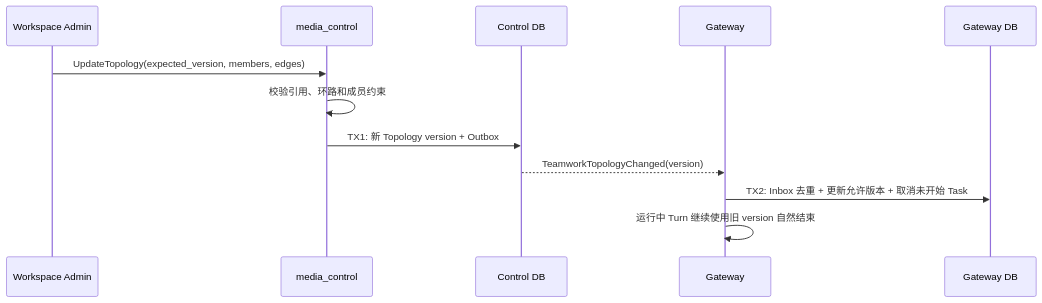
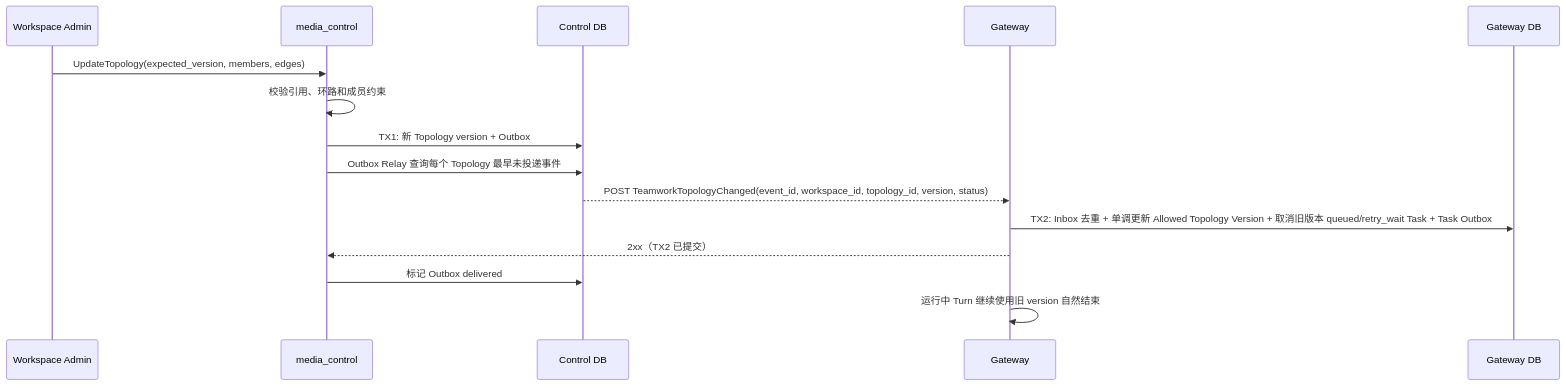
One commit to hotttao/media_agent changed the diagram in docs/ddd/workflow/0005-teamwork-runtime-change/teamwork_runtime_change.md. Above: the diagram before and after it, drawn with Mermaid. The commit also changed other lines of this file and 58 other files, not shown here.

Commit message:
feat(teamwork): enforce runtime topology versions

````diff
--- a/docs/ddd/workflow/0005-teamwork-runtime-change/teamwork_runtime_change.md
+++ b/docs/ddd/workflow/0005-teamwork-runtime-change/teamwork_runtime_change.md
@@ -12,14 +12,17 @@
 ```mermaid
 sequenceDiagram
     participant U as Workspace Admin
     participant C as media_control
     participant DB as Control DB
     participant G as Gateway
     participant GD as Gateway DB
     U->>C: UpdateTopology(expected_version, members, edges)
     C->>C: 校验引用、环路和成员约束
     C->>DB: TX1: 新 Topology version + Outbox
-    DB-->>G: TeamworkTopologyChanged(version)
-    G->>GD: TX2: Inbox 去重 + 更新允许版本 + 取消未开始 Task
+    C->>DB: Outbox Relay 查询每个 Topology 最早未投递事件
+    DB-->>G: POST TeamworkTopologyChanged(event_id, workspace_id, topology_id, version, status)
+    G->>GD: TX2: Inbox 去重 + 单调更新 Allowed Topology Version + 取消旧版本 queued/retry_wait Task + Task Outbox
+    G-->>C: 2xx（TX2 已提交）
+    C->>DB: 标记 Outbox delivered
     G->>G: 运行中 Turn 继续使用旧 version 自然结束
 ```
````
